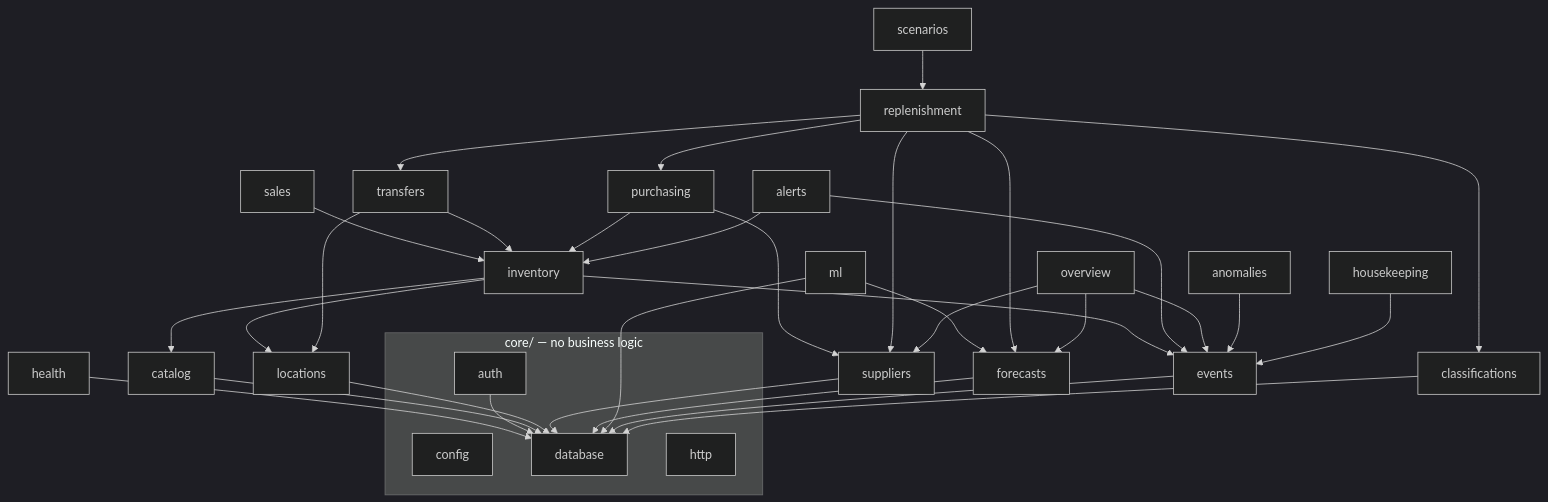
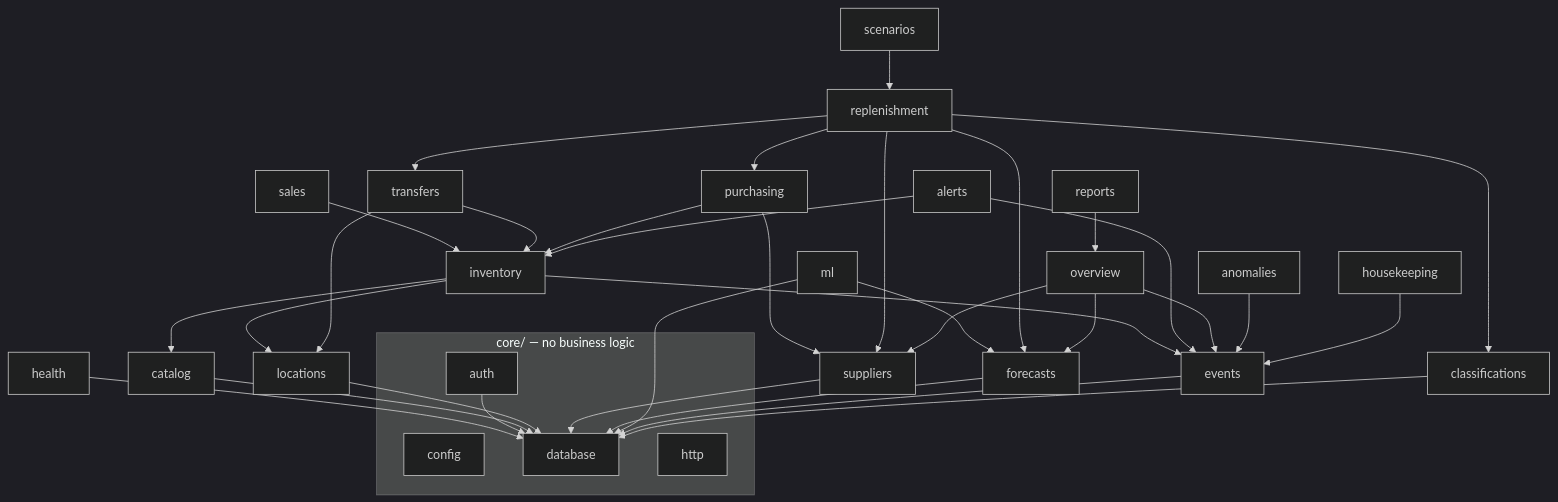
Before and after one commit to Hirockpaul/RetailPulse: the second of 6 diagrams in docs/ARCHITECTURE.md, drawn with Mermaid (dark theme). The commit also changed other lines of this file and 16 other files, not shown here.

````diff
--- a/docs/ARCHITECTURE.md
+++ b/docs/ARCHITECTURE.md
@@ -69,25 +69,26 @@
 ```mermaid
 flowchart TB
   subgraph core[core/ — no business logic]
     config & database & http & auth
   end
   health --> database
   auth --> database
   catalog --> database
   locations --> database
   inventory --> catalog & locations & events
   sales --> inventory
   transfers --> inventory & locations
   purchasing --> inventory & suppliers
   suppliers --> database
   forecasts --> database
   ml --> database & forecasts
   replenishment --> forecasts & purchasing & transfers & suppliers & classifications
   scenarios --> replenishment
+  reports --> overview
   events --> database
   alerts --> events & inventory
   overview --> forecasts & events & suppliers
   anomalies --> events
   classifications --> database
   housekeeping --> events
 ```
````
